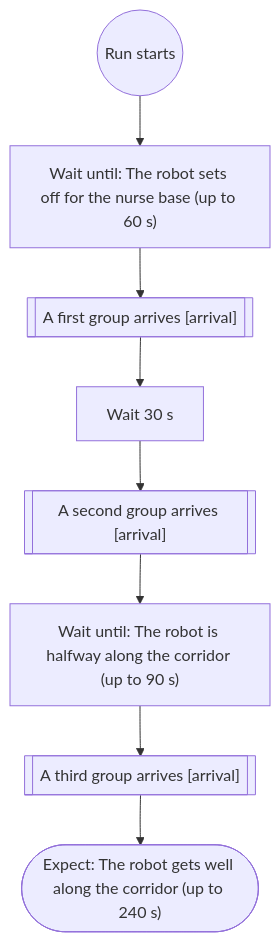
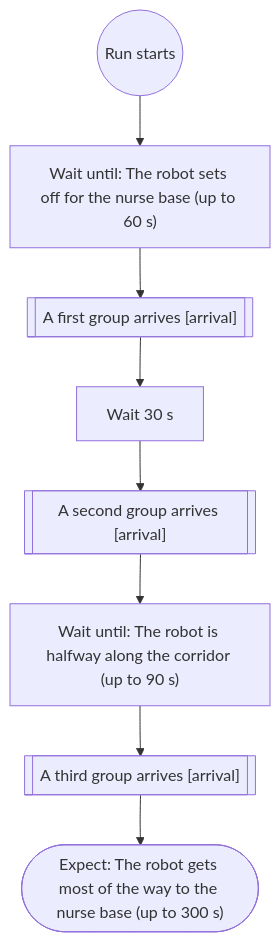
One commit to Bkrakshith/hospital-sim-agents changed the seventh of 9 diagrams in docs/scenario-flows.md. Above: the diagram before and after it, drawn with Mermaid. The commit also changed other lines of this file and 6 other files, not shown here.

First line of the commit message:
Ward, specimen and corridor flows wait for the robot's own work

````diff
--- a/docs/scenario-flows.md
+++ b/docs/scenario-flows.md
@@ -213,18 +211,18 @@
 ```mermaid
 flowchart TD
   n1(("Run starts"))
   n2["Wait until: The robot sets off for the nurse base (up to 60 s)"]
   n1 --> n2
   n3[["A first group arrives [arrival]"]]
   n2 --> n3
   n4["Wait 30 s"]
   n3 --> n4
   n5[["A second group arrives [arrival]"]]
   n4 --> n5
   n6["Wait until: The robot is halfway along the corridor (up to 90 s)"]
   n5 --> n6
   n7[["A third group arrives [arrival]"]]
   n6 --> n7
-  n8(["Expect: The robot gets well along the corridor (up to 240 s)"])
+  n8(["Expect: The robot gets most of the way to the nurse base (up to 300 s)"])
   n7 --> n8
 ```
````
